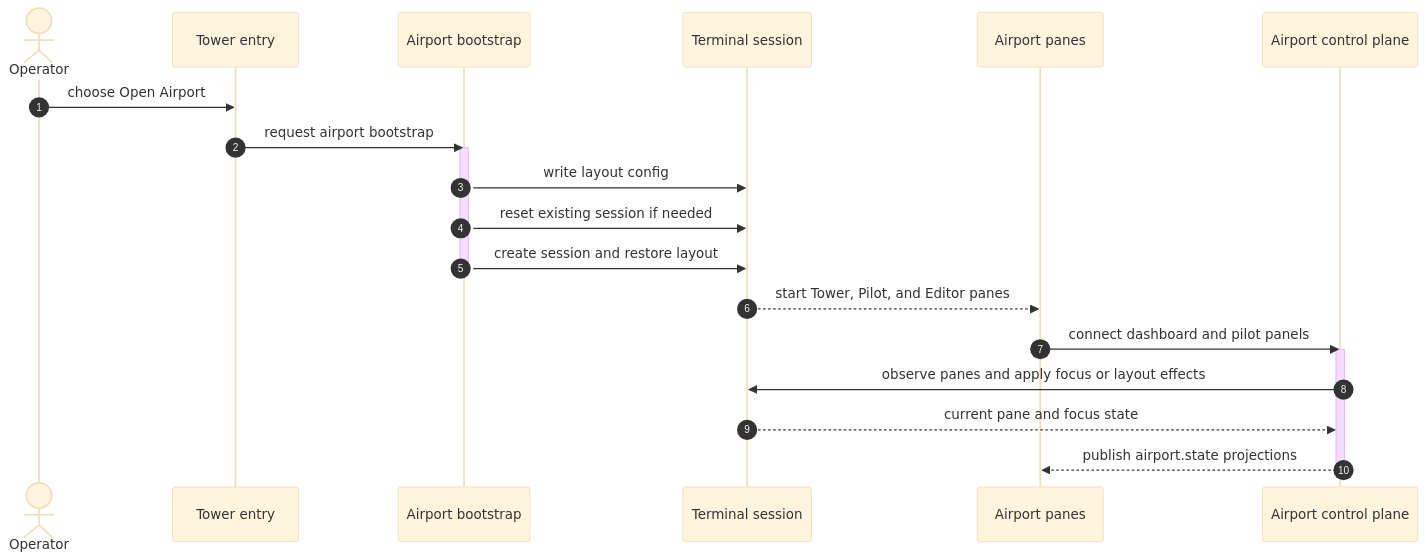
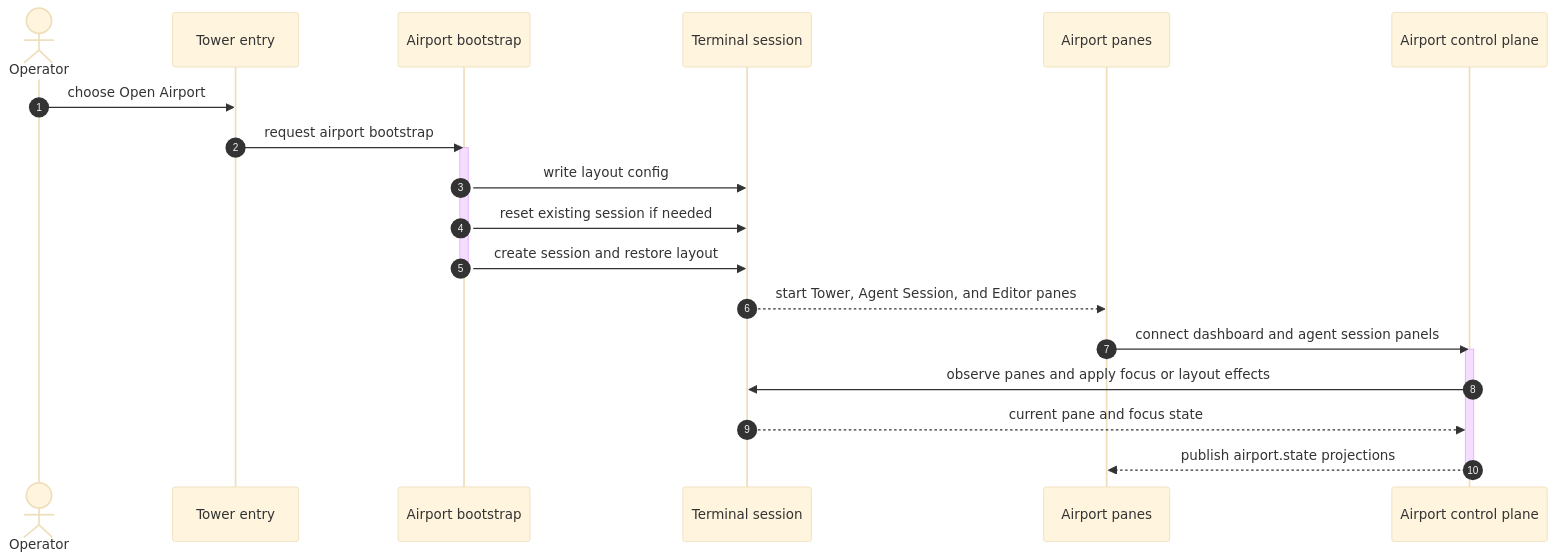
Before and after one commit to Flying-Pillow/open-mission: the first of 2 diagrams in docs/missions/airport-spec/airport/airport-control-plane.md, drawn with Mermaid (base theme). The commit also changed other lines of this file and 20 other files, not shown here.

Commit message:
WIP: Renamed pilot to agent session

````diff
--- a/docs/missions/airport-spec/airport/airport-control-plane.md
+++ b/docs/missions/airport-spec/airport/airport-control-plane.md
@@ -125,26 +125,26 @@
 ```mermaid
 sequenceDiagram
     autonumber
     actor Operator
     participant Entry as Tower entry
     participant Bootstrap as Airport bootstrap
     participant Session as Terminal session
     participant Panes as Airport panes
     participant Control as Airport control plane
 
     Operator->>Entry: choose Open Airport
     Entry->>Bootstrap: request airport bootstrap
     activate Bootstrap
     Bootstrap->>Session: write layout config
     Bootstrap->>Session: reset existing session if needed
     Bootstrap->>Session: create session and restore layout
     deactivate Bootstrap
 
-    Session-->>Panes: start Tower, Pilot, and Editor panes
-    Panes->>Control: connect dashboard and pilot panels
+    Session-->>Panes: start Tower, Agent Session, and Editor panes
+    Panes->>Control: connect dashboard and agent session panels
     activate Control
     Control->>Session: observe panes and apply focus or layout effects
     Session-->>Control: current pane and focus state
     Control-->>Panes: publish airport.state projections
     deactivate Control
 ```
````
